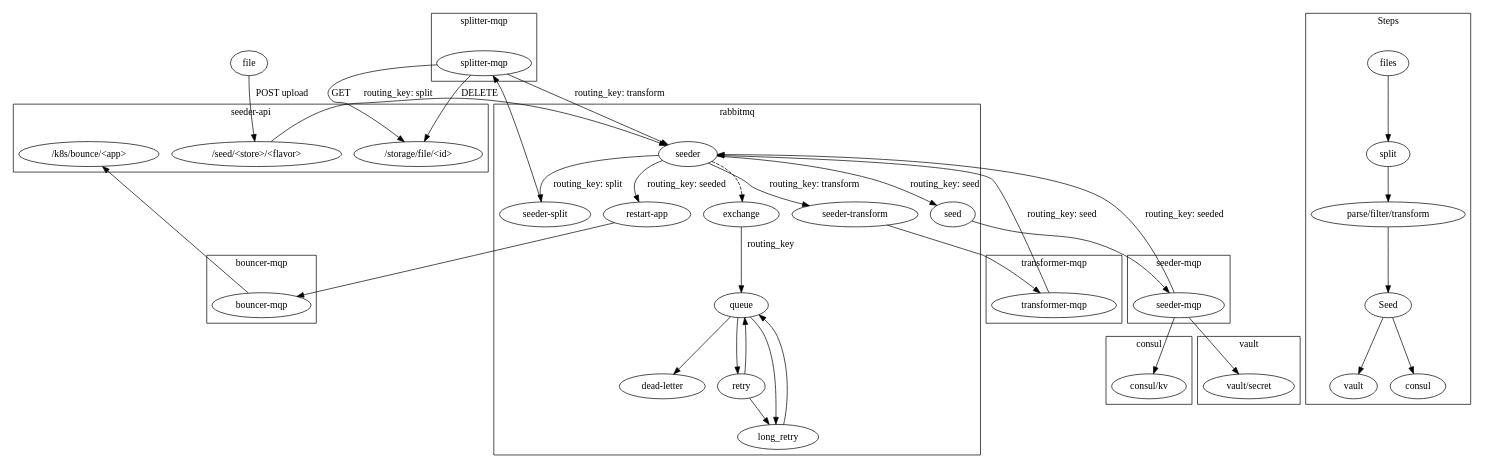
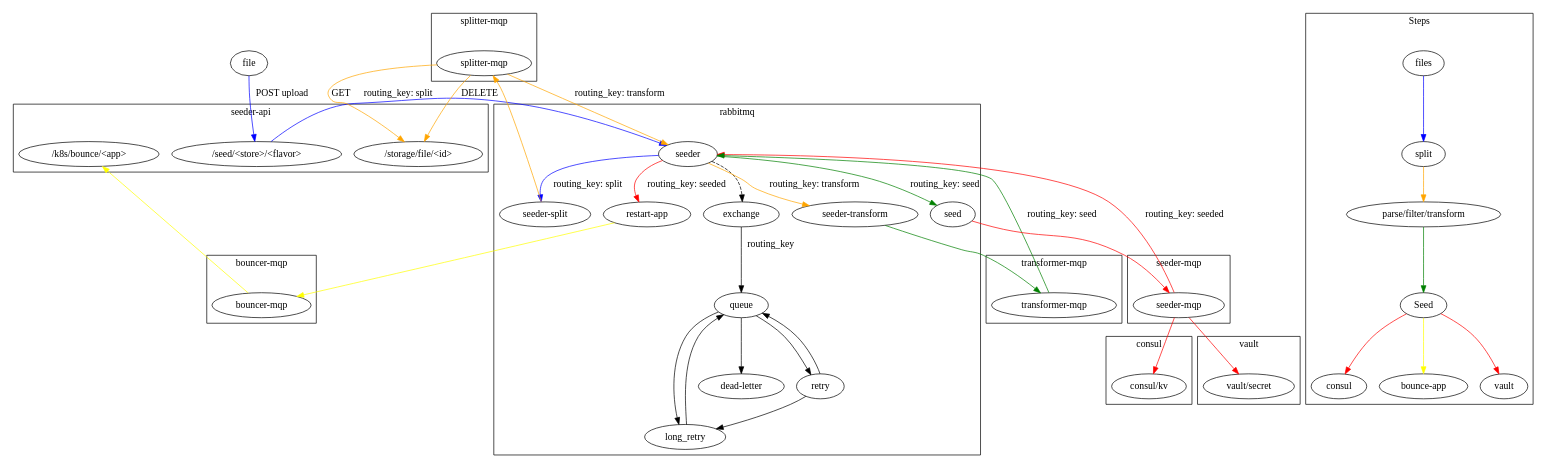
The diagram in tools/seeder/diagram.dot (cristianojmiranda/x123), drawn with Graphviz before and after one commit. The commit also changed 3 other files, not shown here.

```diff
--- a/tools/seeder/diagram.dot
+++ b/tools/seeder/diagram.dot
@@ -1,87 +1,91 @@
 digraph seeder {
 
   subgraph cluster_0 {
     label="seeder-api"
 
     "/seed/<store>/<flavor>";
     "/storage/file/<id>";
     "/k8s/bounce/<app>";
   }
 
   subgraph cluster_1 {
     label="seeder-mqp"
     "seeder-mqp";
   }
 
   subgraph cluster_2 {
     label="splitter-mqp";
     "splitter-mqp";
   }
 
 
   subgraph cluster_3 {
     label="transformer-mqp";
     "transformer-mqp";
   }
 
   subgraph cluster_4 {
     label="rabbitmq";
 
     "exchange" -> "queue"[label="routing_key"];
     "retry" -> "queue";
     "retry" -> "long_retry";
     "queue" -> "retry";
     "queue" -> "long_retry";
     "long_retry" -> "queue";
     "queue" -> "dead-letter";
 
     "seeder" -> "exchange"[style=dashed];
-    "seeder" -> "seeder-split"[label="routing_key: split"];
-    "seeder" -> "seeder-transform"[label="routing_key: transform"];
-    "seeder" -> "seed"[label="routing_key: seed"];
-    "seeder" -> "restart-app"[label="routing_key: seeded"];
+    "seeder" -> "seeder-split"[label="routing_key: split", color=blue];
+    "seeder" -> "seeder-transform"[label="routing_key: transform", color=orange];
+    "seeder" -> "seed"[label="routing_key: seed", color=green];
+    "seeder" -> "restart-app"[label="routing_key: seeded", color=red];
 
   }
 
   subgraph cluster_5 {
     label="consul"
     "consul/kv";
   }
 
   subgraph cluster_6 {
     label="vault";
     "vault/secret";
   }
 
   subgraph cluster_7 {
     label="Steps";
-    "files" -> "split" -> "parse/filter/transform" -> "Seed" -> "vault";
-    "Seed" -> "consul"
+    "files" -> "split"[color=blue];
+    "split" -> "parse/filter/transform"[color=orange];
+    "parse/filter/transform" -> "Seed"[color=green];
+    "Seed" -> "vault"[color=red]
+    "Seed" -> "consul"[color=red]
+    "Seed" -> "bounce-app"[color=yellow]
   }
 
   subgraph cluster_8 {
     label="bouncer-mqp";
     "bouncer-mqp";
   }
 
-  file -> "/seed/<store>/<flavor>"[label="POST upload"];
+  file -> "/seed/<store>/<flavor>"[label="POST upload", color=blue];
 
-  "/seed/<store>/<flavor>" -> "seeder"[label="routing_key: split"];
-  "seeder-split" -> "splitter-mqp";
-  "seed" -> "seeder-mqp";
+  "/seed/<store>/<flavor>" -> "seeder"[label="routing_key: split", color=blue];
+  "seeder-split" -> "splitter-mqp"[color=orange];
+  "seed" -> "seeder-mqp"[color=red];
 
-  "splitter-mqp" -> "/storage/file/<id>"[label=GET];
-  "splitter-mqp" -> "/storage/file/<id>"[label=DELETE];
-  "splitter-mqp" -> "seeder"[label="routing_key: transform"];
+  "splitter-mqp" -> "/storage/file/<id>"[label=GET, color=orange];
+  "splitter-mqp" -> "/storage/file/<id>"[label=DELETE, color=orange];
+  "splitter-mqp" -> "seeder"[label="routing_key: transform", color=orange];
 
-  "seeder-transform" -> "transformer-mqp";
-  "transformer-mqp" -> "seeder"[label="routing_key: seed"];
+  "seeder-transform" -> "transformer-mqp"[color=green];
+  "transformer-mqp" -> "seeder"[label="routing_key: seed", color=green];
 
-  "seeder-mqp" -> "consul/kv";
-  "seeder-mqp" -> "vault/secret";
-  "seeder-mqp" -> "seeder"[label="routing_key: seeded"];
+  "seeder-mqp" -> "consul/kv"[color=red];
+  "seeder-mqp" -> "vault/secret"[color=red];
+  "seeder-mqp" -> "seeder"[label="routing_key: seeded", color=red];
 
-  "bouncer-mqp" -> "/k8s/bounce/<app>";
-  "restart-app" -> "bouncer-mqp";
+  "bouncer-mqp" -> "/k8s/bounce/<app>"[color=yellow];
+  "restart-app" -> "bouncer-mqp"[color=yellow];
 
 }
```
